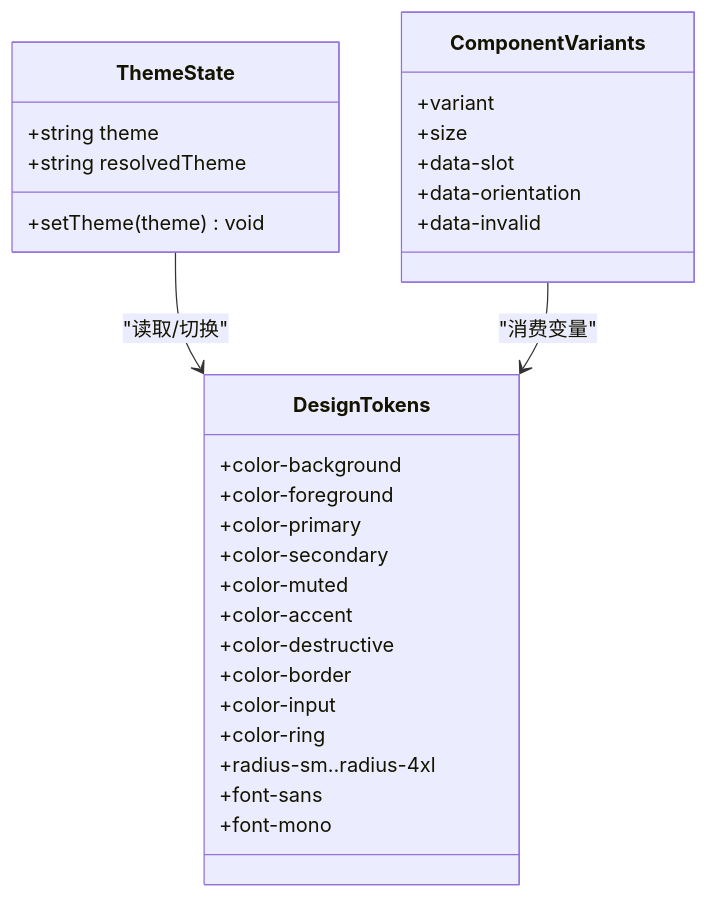
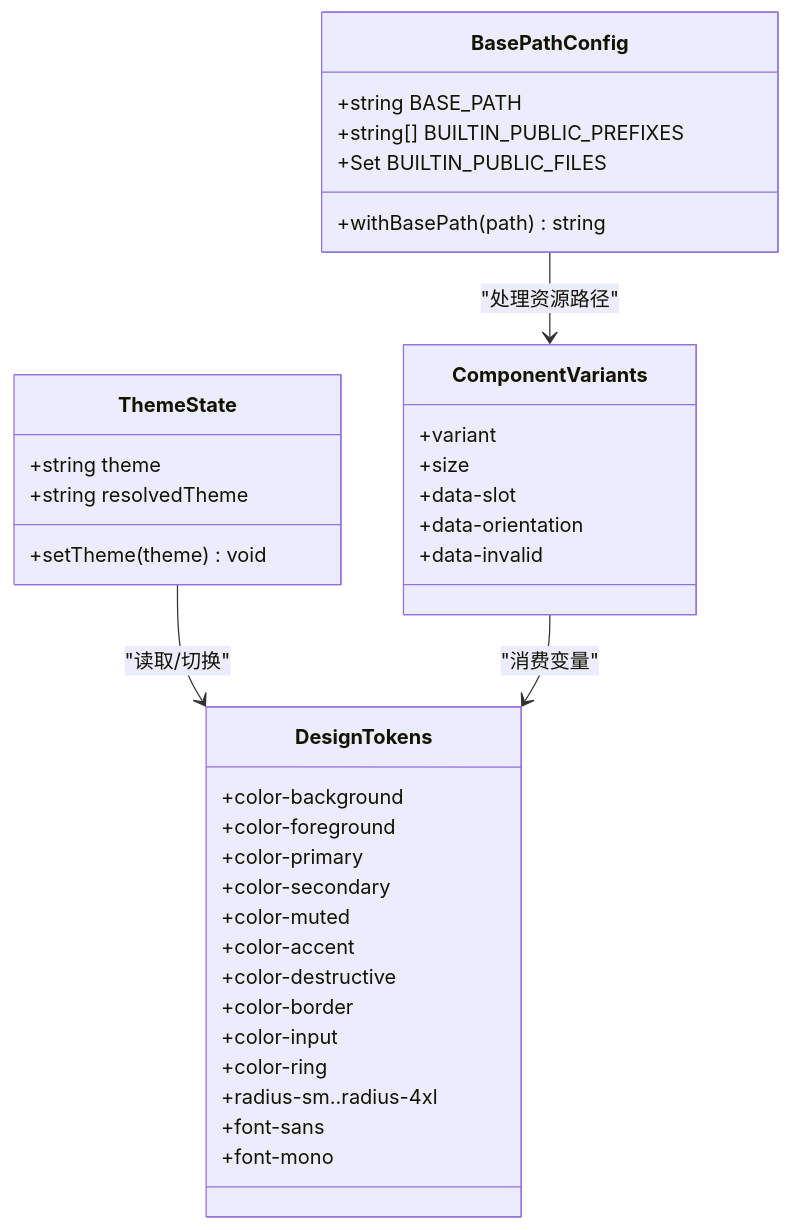
The second of 2 diagrams in .qoder/repowiki/zh/content/架构设计/前端架构设计/组件系统架构/组件样式与主题系统.md (huangboheng/OpenMAIC), drawn with Mermaid before and after one commit. The commit also changed other lines of this file and 8 other files, not shown here.

````diff
--- a/.qoder/repowiki/zh/content/架构设计/前端架构设计/组件系统架构/组件样式与主题系统.md
+++ b/.qoder/repowiki/zh/content/架构设计/前端架构设计/组件系统架构/组件样式与主题系统.md
@@ -99,32 +139,39 @@
 ```mermaid
 classDiagram
 class ThemeState {
 +string theme
 +string resolvedTheme
 +setTheme(theme) void
 }
 class DesignTokens {
 +color-background
 +color-foreground
 +color-primary
 +color-secondary
 +color-muted
 +color-accent
 +color-destructive
 +color-border
 +color-input
 +color-ring
 +radius-sm..radius-4xl
 +font-sans
 +font-mono
 }
 class ComponentVariants {
 +variant
 +size
 +data-slot
 +data-orientation
 +data-invalid
 }
+class BasePathConfig {
++string BASE_PATH
++string[] BUILTIN_PUBLIC_PREFIXES
++Set BUILTIN_PUBLIC_FILES
++withBasePath(path) string
+}
 ThemeState --> DesignTokens : "读取/切换"
 ComponentVariants --> DesignTokens : "消费变量"
+BasePathConfig --> ComponentVariants : "处理资源路径"
 ```
````
